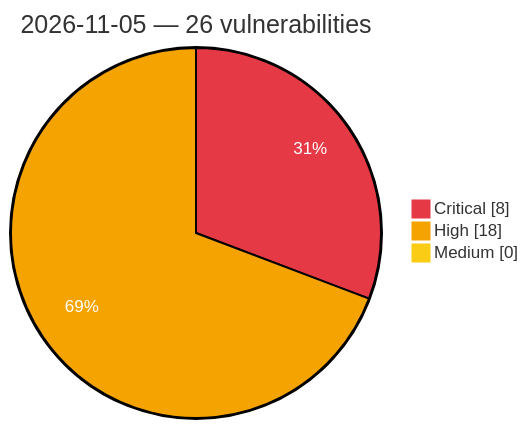
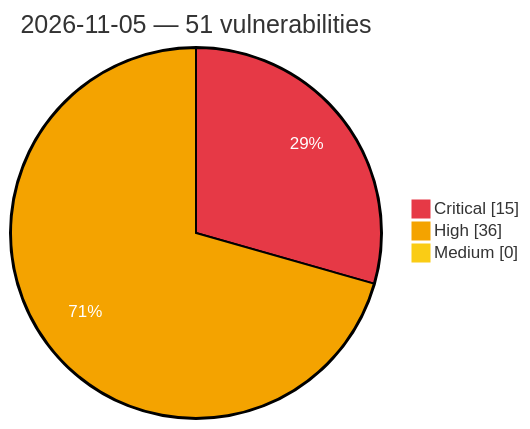
One commit to GhostX0X/vuln-tracker changed the diagram in vulnerabilities/2026/November/2026-11-05.md. Above: the diagram before and after it, drawn with Mermaid. The commit also changed other lines of this file and 5 other files, not shown here.

Commit message:
Auto update: critical/high vulns (2026-11-05 18:30 UTC)

````diff
--- a/vulnerabilities/2026/November/2026-11-05.md
+++ b/vulnerabilities/2026/November/2026-11-05.md
@@ -3,8 +3,8 @@
 ```mermaid
 %%{init: {'theme':'base', 'themeVariables': {'pie1':'#e63946', 'pie2':'#f4a300', 'pie3':'#facc15', 'pieOpacity':'1', 'pieOuterStrokeWidth':'2px', 'pieSectionTextColor':'#ffffff'}}}%%
 pie showData
-    title 2026-11-05 — 26 vulnerabilities
-    "Critical" : 8
-    "High" : 18
+    title 2026-11-05 — 51 vulnerabilities
+    "Critical" : 15
+    "High" : 36
     "Medium" : 0
 ```
````
